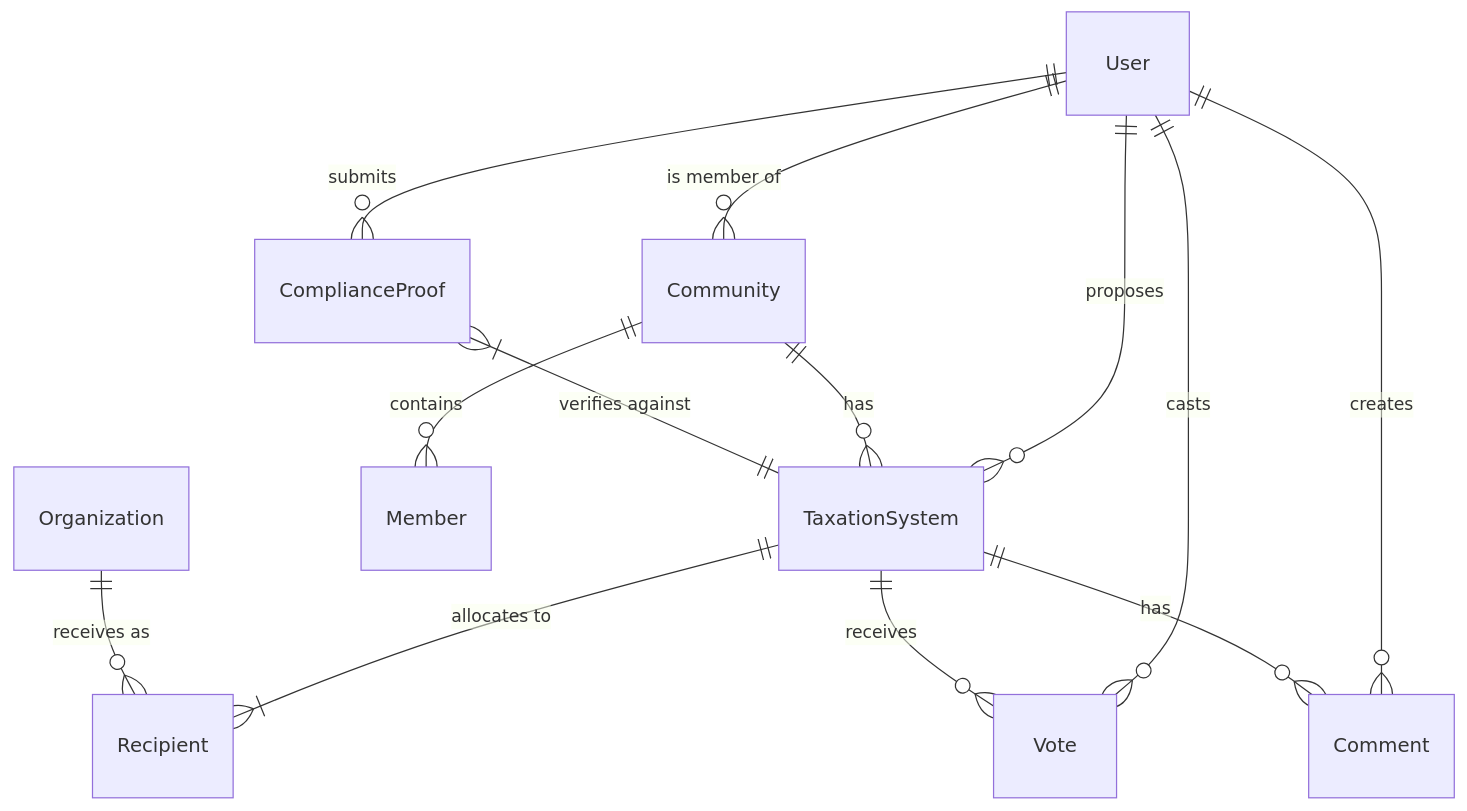
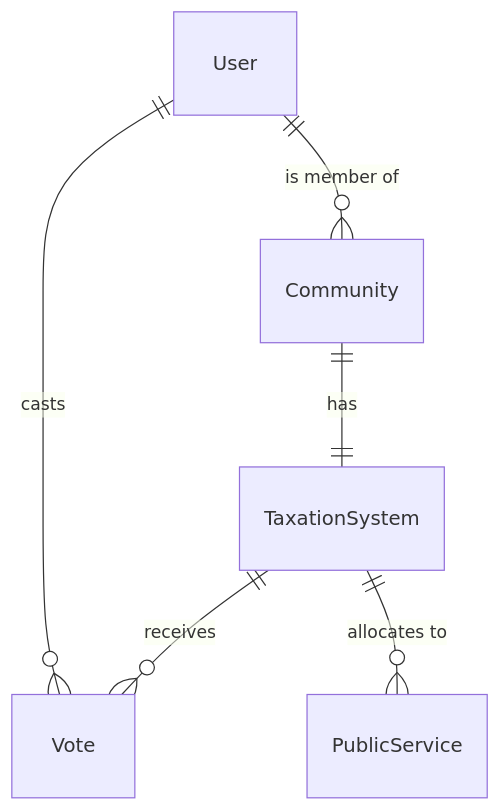
The diagram in README.md (nick-stebbings/zkCATS), drawn with Mermaid before and after one commit. The commit also changed other lines of this file and 1 other file, not shown here.

````diff
--- a/README.md
+++ b/README.md
@@ -55,19 +61,10 @@
 ```mermaid
 erDiagram
     User ||--o{ Community : "is member of"
-    User ||--o{ TaxationSystem : "proposes"
     User ||--o{ Vote : "casts"
-    User ||--o{ Comment : "creates"
-    User ||--o{ ComplianceProof : "submits"
     
-    Community ||--o{ TaxationSystem : "has"
-    Community ||--o{ Member : "contains"
+    Community ||--|| TaxationSystem : "has"
     
-    TaxationSystem ||--|{ Recipient : "allocates to"
     TaxationSystem ||--o{ Vote : "receives"
-    TaxationSystem ||--o{ Comment : "has"
-    
-    ComplianceProof }|--|| TaxationSystem : "verifies against"
-    
-    Organization ||--o{ Recipient : "receives as"
+    TaxationSystem ||--o{ PublicService : "allocates to"
 ```
````
